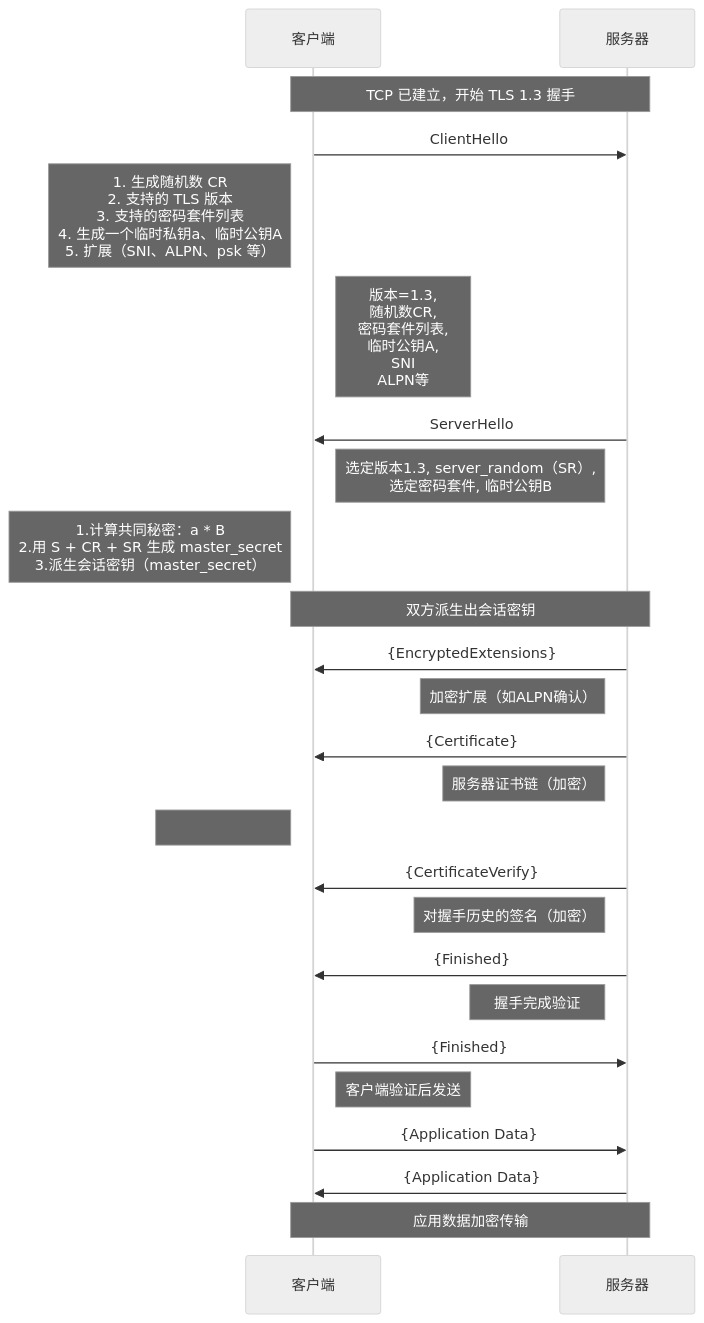
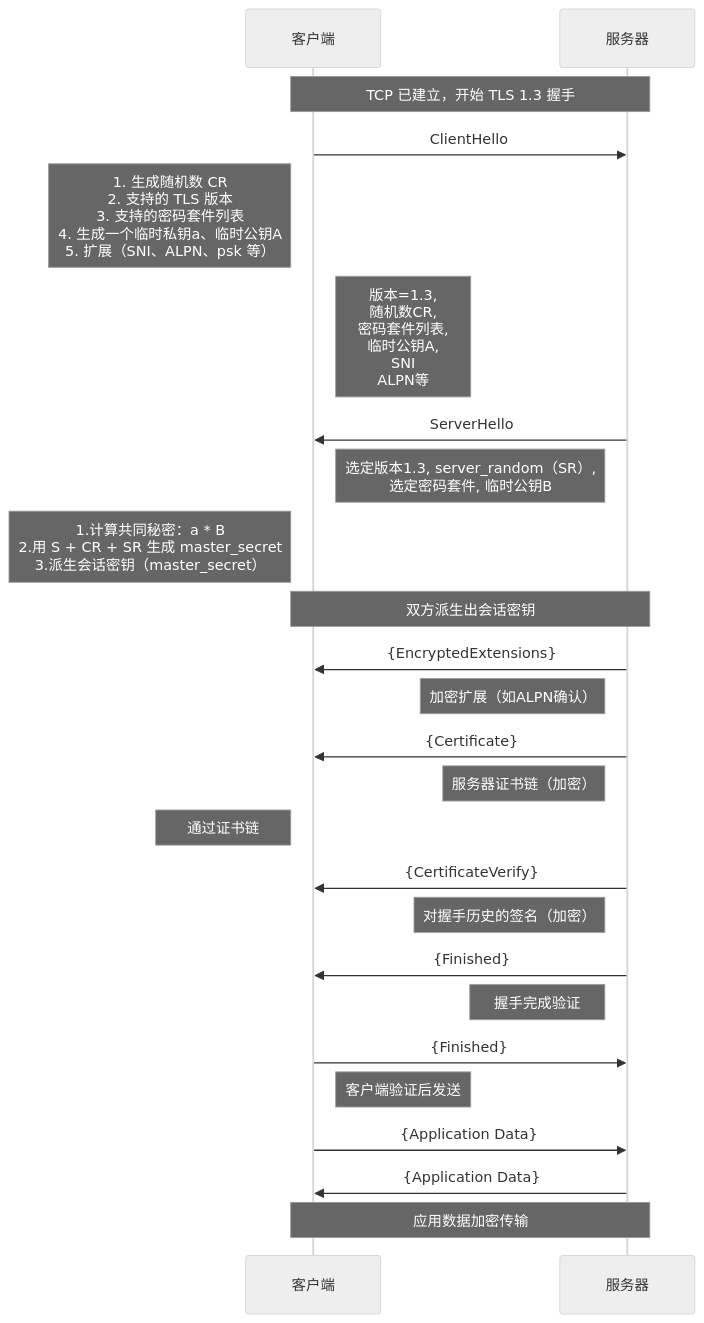
The diagram in all/TLS-1.3-通用.md (HY-10-8/iodraw-files), drawn with Mermaid (neutral theme) before and after one commit.

Commit message:
2026-03-30 18:01:59 update

````diff
--- a/all/TLS-1.3-通用.md
+++ b/all/TLS-1.3-通用.md
@@ -1,37 +1,37 @@
 ```mermaid
 sequenceDiagram
     participant C as 客户端
     participant S as 服务器
 
     Note over C,S: TCP 已建立，开始 TLS 1.3 握手
 
     C->>S: ClientHello
     Note left of C: 1. 生成随机数 CR<br/> 2. 支持的 TLS 版本<br/> 3. 支持的密码套件列表<br/> 4. 生成一个临时私钥a、临时公钥A<br/> 5. 扩展（SNI、ALPN、psk 等）
     Note right of C: 版本=1.3,<br/> 随机数CR,<br/> 密码套件列表,<br/> 临时公钥A,<br/> SNI<br/> ALPN等
 
     S->>C: ServerHello
     Note left of S: 选定版本1.3, server_random（SR）,<br/> 选定密码套件, 临时公钥B
     Note left of C: 1.计算共同秘密：a * B<br/> 2.用 S + CR + SR 生成 master_secret<br/> 3.派生会话密钥（master_secret）
 
     Note over C,S: 双方派生出会话密钥
 
     S->>C: {EncryptedExtensions}
     Note left of S: 加密扩展（如ALPN确认）
 
     S->>C: {Certificate}
     Note left of S: 服务器证书链（加密）
-    Note left of C: 
+    Note left of C: 通过证书链
 
     S->>C: {CertificateVerify}
     Note left of S: 对握手历史的签名（加密）
 
     S->>C: {Finished}
     Note left of S: 握手完成验证
 
     C->>S: {Finished}
     Note right of C: 客户端验证后发送
 
     C->>S: {Application Data}
     S->>C: {Application Data}
     Note over C,S: 应用数据加密传输
 ```
````
